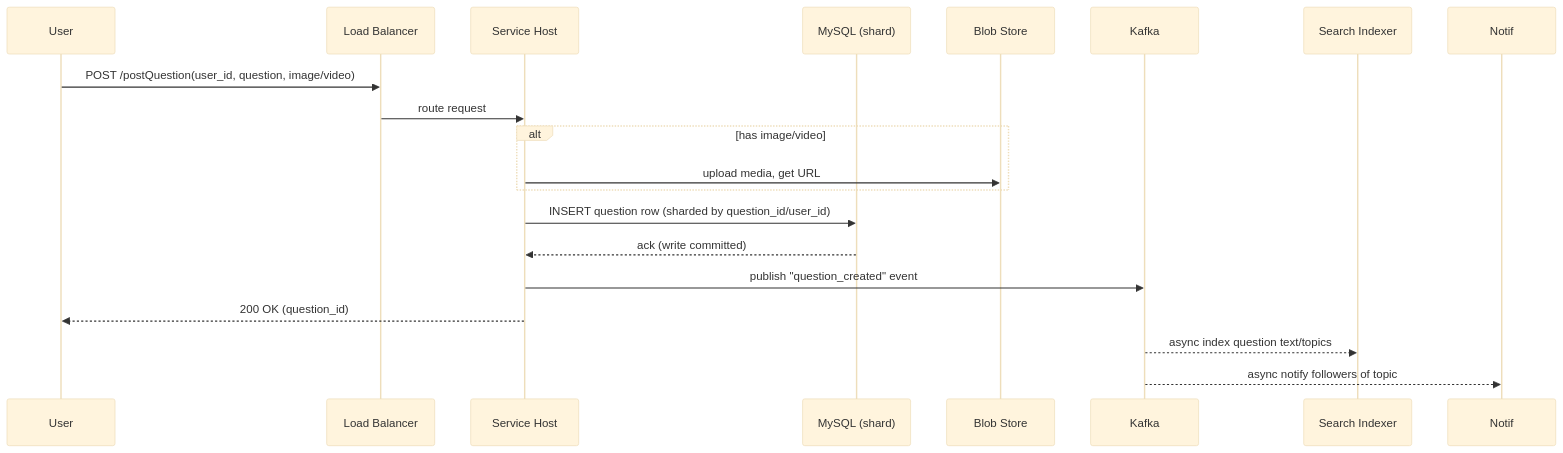
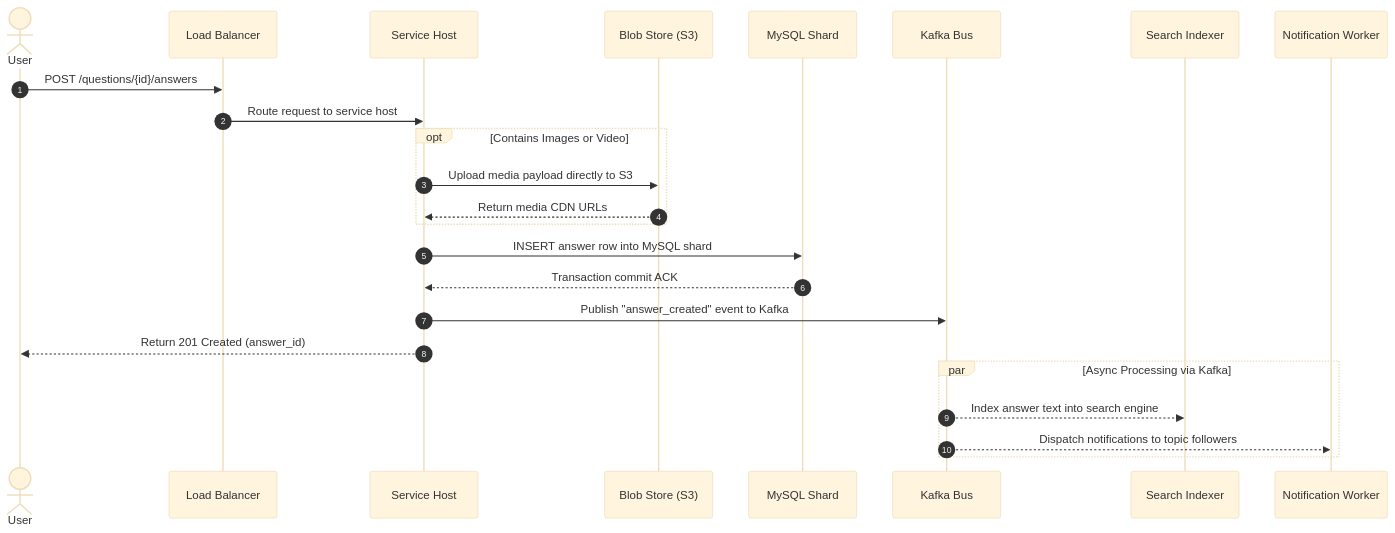
One commit to riyaz-pasha/Learnings changed the eighth of 18 diagrams in system-design/HLD/0-course/27-Design Quora-FAANG-Guide.md. Above: the diagram before and after it, drawn with Mermaid (base theme). The commit also changed other lines of this file and 1 other file, not shown here.

Commit message:
docs: simplify language, expand examples, and fix mermaid diagrams in Quora guide

````diff
--- a/system-design/HLD/0-course/27-Design Quora-FAANG-Guide.md
+++ b/system-design/HLD/0-course/27-Design Quora-FAANG-Guide.md
@@ -379,22 +449,31 @@
 ```mermaid
 sequenceDiagram
-    participant U as User
+    autonumber
+    actor U as User
     participant LB as Load Balancer
     participant SH as Service Host
-    participant DB as MySQL (shard)
-    participant Blob as Blob Store
-    participant K as Kafka
+    participant Blob as Blob Store (S3)
+    participant DB as MySQL Shard
+    participant K as Kafka Bus
     participant Search as Search Indexer
+    participant Notif as Notification Worker
 
-    U->>LB: POST /postQuestion(user_id, question, image/video)
-    LB->>SH: route request
-    alt has image/video
-        SH->>Blob: upload media, get URL
+    U->>LB: POST /questions/{id}/answers
+    LB->>SH: Route request to service host
+    
+    opt Contains Images or Video
+        SH->>Blob: Upload media payload directly to S3
+        Blob-->>SH: Return media CDN URLs
     end
-    SH->>DB: INSERT question row (sharded by question_id/user_id)
-    DB-->>SH: ack (write committed)
-    SH->>K: publish "question_created" event
-    SH-->>U: 200 OK (question_id)
-    K-->>Search: async index question text/topics
-    K-->>Notif: async notify followers of topic
+    
+    SH->>DB: INSERT answer row into MySQL shard
+    DB-->>SH: Transaction commit ACK
+    
+    SH->>K: Publish "answer_created" event to Kafka
+    SH-->>U: Return 201 Created (answer_id)
+    
+    par Async Processing via Kafka
+        K-->>Search: Index answer text into search engine
+        K-->>Notif: Dispatch notifications to topic followers
+    end
 ```
````
